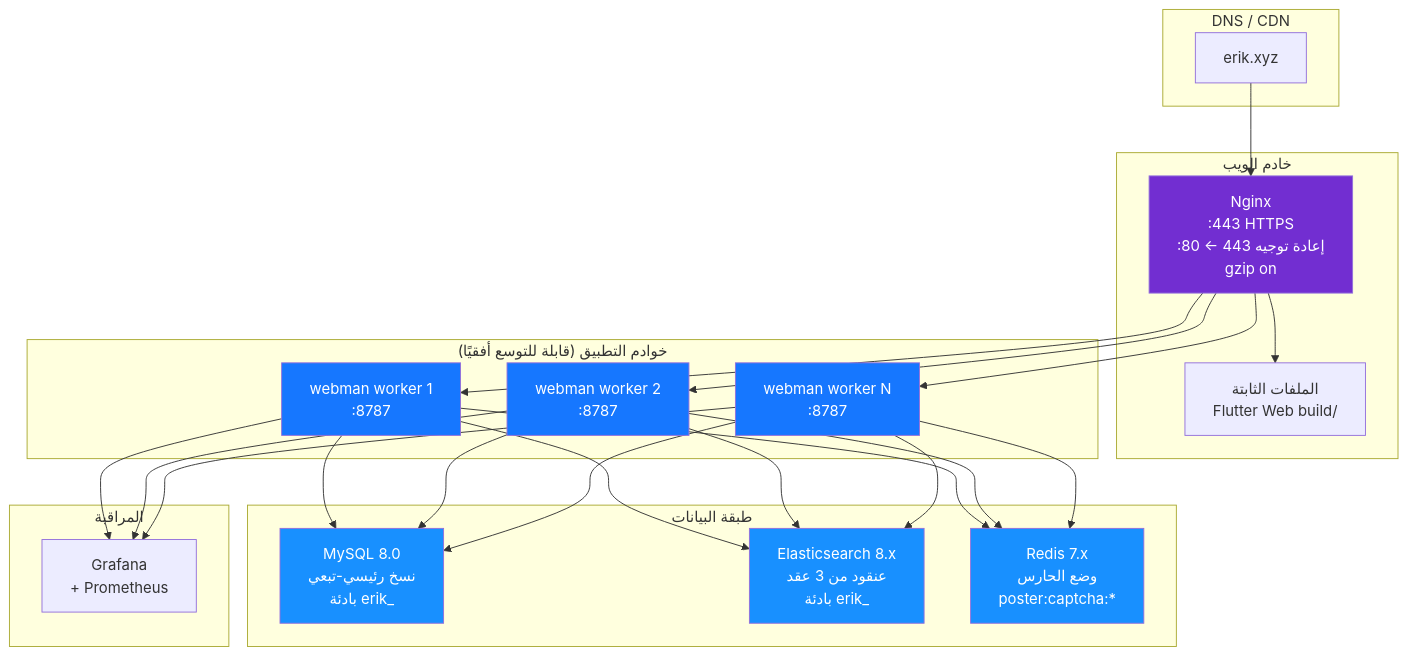
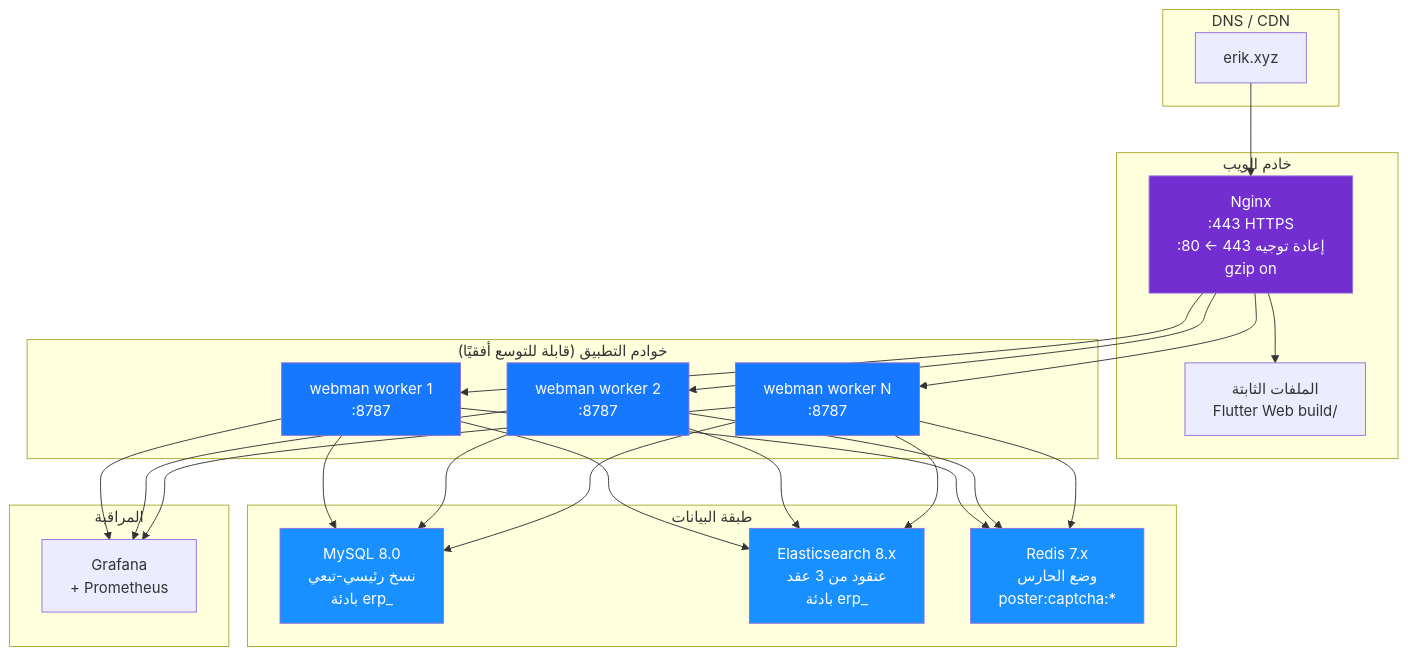
Diagram 14 of 20 in docs/i18n/ar/ARCHITECTURE.md (erikwang2013/erp-php), drawn with Mermaid before and after one commit. The commit also changed other lines of this file and 449 other files, not shown here.

First line of the commit message:
全局命名统一：数据库 erp、表前缀 erp_、Redis 前缀 erp:（原 erik_/open_admin）

````diff
--- a/docs/i18n/ar/ARCHITECTURE.md
+++ b/docs/i18n/ar/ARCHITECTURE.md
@@ -661,43 +661,43 @@
 ```mermaid
 flowchart TB
     subgraph "DNS / CDN"
         DNS["erik.xyz"]
     end
 
     subgraph "خادم الويب"
         NGX["Nginx<br/>:443 HTTPS<br/>:80 ← 443 إعادة توجيه<br/>gzip on"]
         STA["الملفات الثابتة<br/>Flutter Web build/"]
     end
 
     subgraph "خوادم التطبيق (قابلة للتوسع أفقيًا)"
         WM1["webman worker 1<br/>:8787"]
         WM2["webman worker 2<br/>:8787"]
         WM3["webman worker N<br/>:8787"]
     end
 
     subgraph "طبقة البيانات"
-        MYSQL["MySQL 8.0<br/>نسخ رئيسي-تبعي<br/>بادئة erik_"]
-        ES["Elasticsearch 8.x<br/>عنقود من 3 عقد<br/>بادئة erik_"]
+        MYSQL["MySQL 8.0<br/>نسخ رئيسي-تبعي<br/>بادئة erp_"]
+        ES["Elasticsearch 8.x<br/>عنقود من 3 عقد<br/>بادئة erp_"]
         REDIS["Redis 7.x<br/>وضع الحارس<br/>poster:captcha:*"]
     end
 
     subgraph "المراقبة"
         MON["Grafana<br/>+ Prometheus"]
     end
 
     DNS --> NGX
     NGX --> STA
     NGX --> WM1 & WM2 & WM3
     WM1 & WM2 & WM3 --> MYSQL
     WM1 & WM2 & WM3 --> ES
     WM1 & WM2 & WM3 --> REDIS
     WM1 & WM2 & WM3 --> MON
 
     style NGX fill:#722ED1,color:#fff
     style WM1 fill:#1677FF,color:#fff
     style WM2 fill:#1677FF,color:#fff
     style WM3 fill:#1677FF,color:#fff
     style MYSQL fill:#1890FF,color:#fff
     style ES fill:#1890FF,color:#fff
     style REDIS fill:#1890FF,color:#fff
 ```
````
